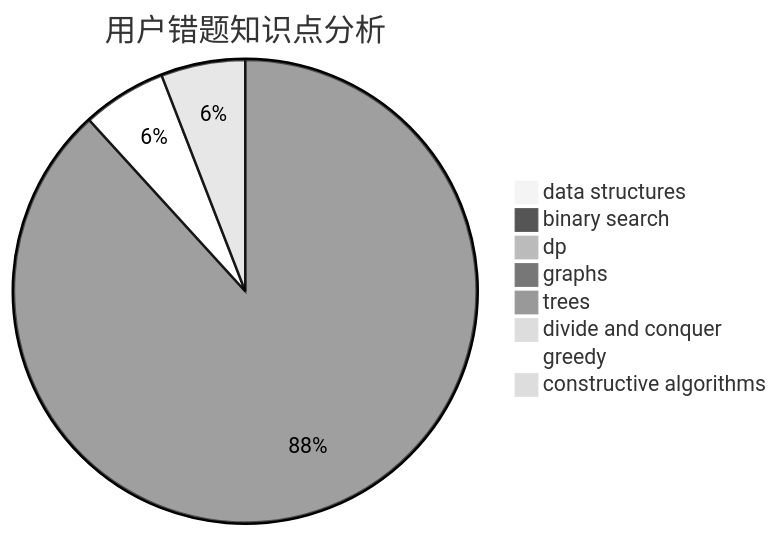
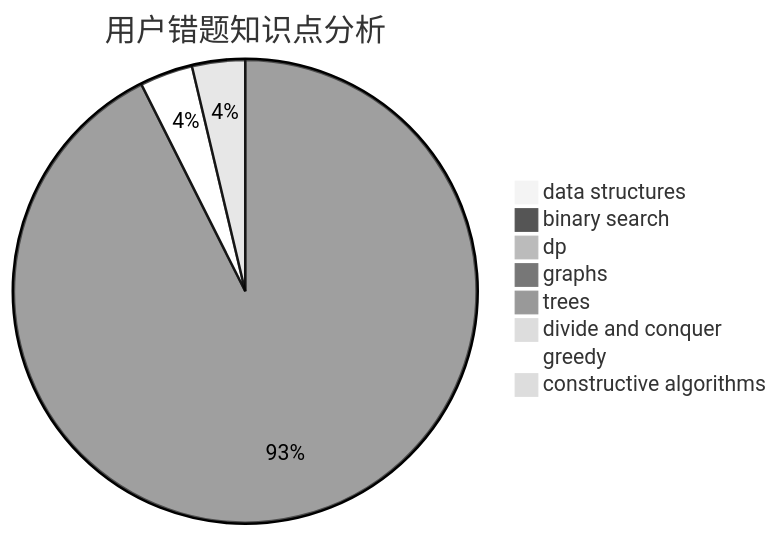
Before and after one commit to sherpahu/cfrs.github.io: the third of 3 diagrams in docs/user/u778.md, drawn with Mermaid (neutral theme). The commit also changed other lines of this file and 2770 other files, not shown here.

````diff
--- a/docs/user/u778.md
+++ b/docs/user/u778.md
@@ -36,11 +36,11 @@
 ```mermaid
 pie title 用户错题知识点分析
     "data structures" :  0
     "binary search" :  0
     "dp" :  0
-    "graphs" :  60
+    "graphs" :  100
     "trees" :  0
     "divide and conquer" :  0
     "greedy" :  4
     "constructive algorithms" :  4
 ```
````
